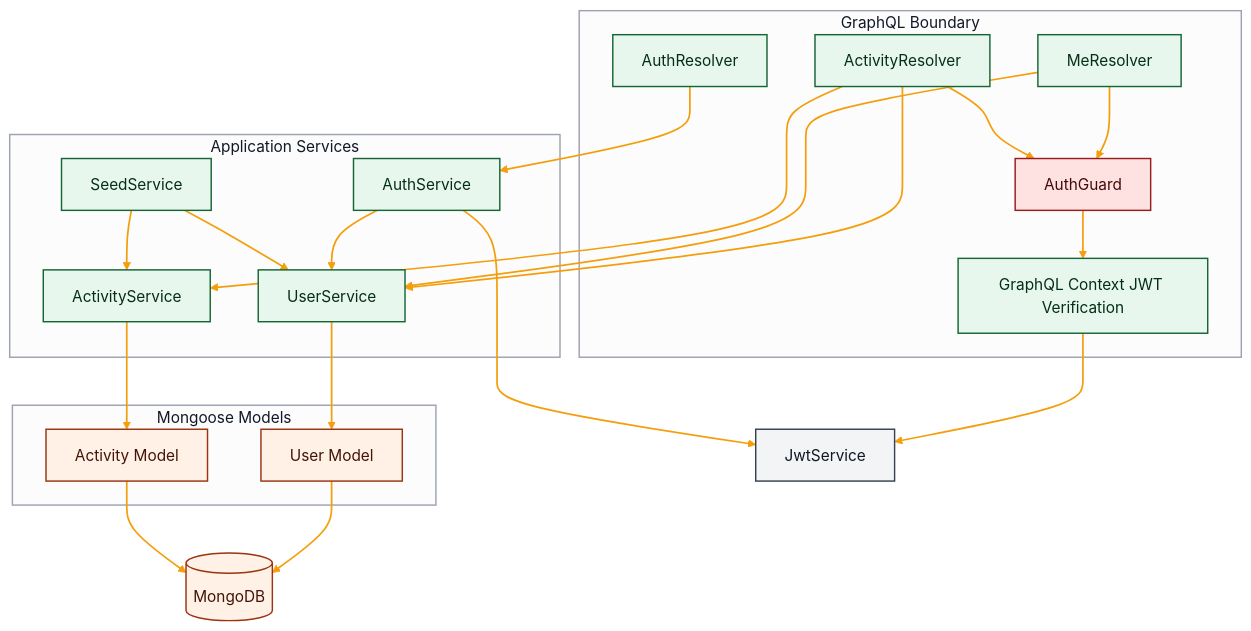
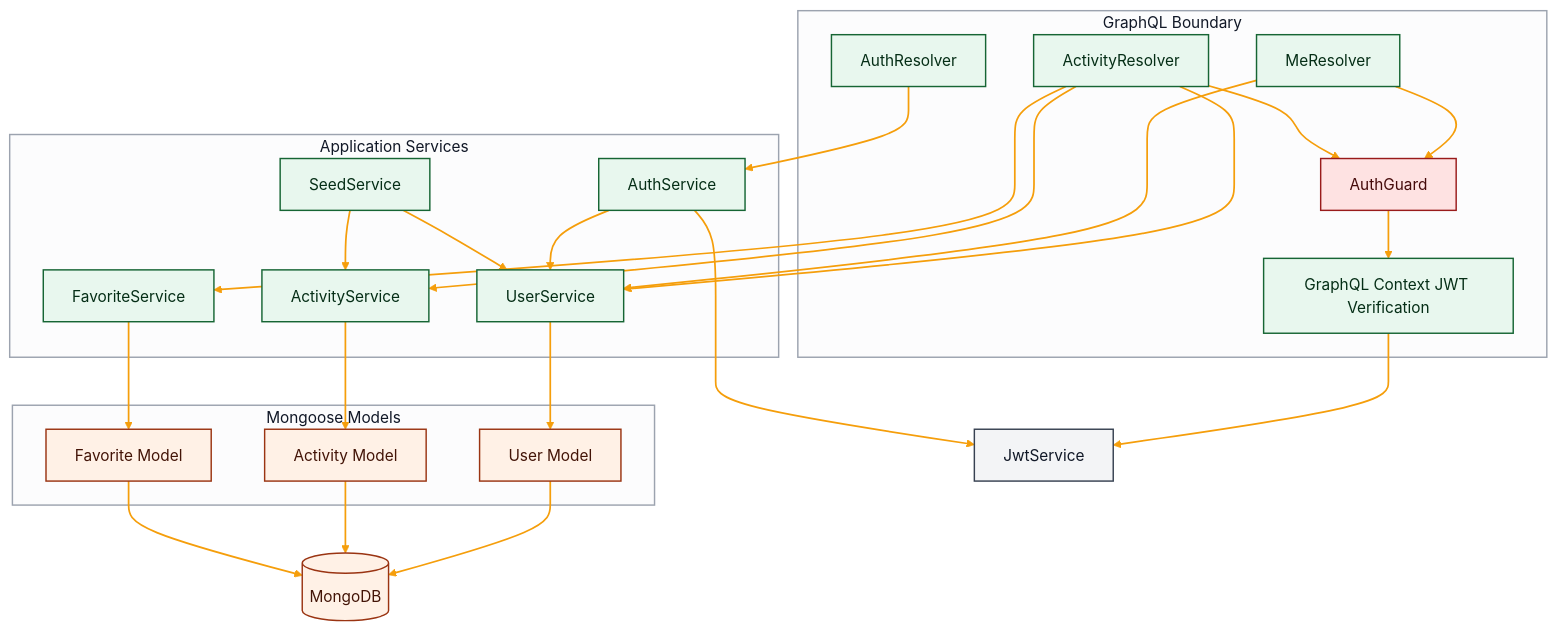
The third of 4 diagrams in docs/c4-architecture-view.md (ayhid/naboo-case-study), drawn with Mermaid before and after one commit. The commit also changed other lines of this file and 2 other files, not shown here.

Commit message:
docs: align architecture docs with implemented code paths

````diff
--- a/docs/c4-architecture-view.md
+++ b/docs/c4-architecture-view.md
@@ -109,61 +111,66 @@
 ```mermaid
 %%{init: {'themeVariables': {'lineColor': '#F59E0B', 'arrowheadColor': '#F59E0B'}}}%%
 flowchart TB
     subgraph GraphQL["GraphQL Boundary"]
       AR[AuthResolver]
       MR[MeResolver]
       ACR[ActivityResolver]
       AG[AuthGuard]
       CTX[GraphQL Context JWT Verification]
     end
 
     subgraph Services["Application Services"]
       AS[AuthService]
       US[UserService]
+      FS[FavoriteService]
       ACS[ActivityService]
       SS[SeedService]
     end
 
     subgraph Models["Mongoose Models"]
       UMOD[User Model]
       AMOD[Activity Model]
+      FMOD[Favorite Model]
     end
 
     JWT[JwtService]
     DB[(MongoDB)]
 
     AR --> AS
     MR --> AG
     ACR --> AG
     AG --> CTX
     CTX --> JWT
 
     AS --> US
     AS --> JWT
     ACR --> ACS
+    ACR --> FS
     ACR --> US
     MR --> US
     SS --> US
     SS --> ACS
 
     US --> UMOD
     ACS --> AMOD
+    FS --> FMOD
     UMOD --> DB
     AMOD --> DB
+    FMOD --> DB
 
     classDef actor fill:#FFF4CC,stroke:#8A6D1A,color:#1F2937,stroke-width:1.5px;
     classDef app fill:#E6F0FF,stroke:#1E3A8A,color:#0F172A,stroke-width:1.5px;
     classDef backend fill:#E8F7EE,stroke:#166534,color:#052E16,stroke-width:1.5px;
     classDef data fill:#FFF1E6,stroke:#9A3412,color:#431407,stroke-width:1.5px;
     classDef external fill:#F3F4F6,stroke:#374151,color:#111827,stroke-width:1.5px;
     classDef security fill:#FEE2E2,stroke:#991B1B,color:#450A0A,stroke-width:1.5px;
     class AR,MR,ACR,CTX backend;
-    class AS,US,ACS,SS backend;
-    class UMOD,AMOD,DB data;
+    class AS,US,FS,ACS,SS backend;
+    class UMOD,AMOD,FMOD,DB data;
     class AG security;
     class JWT external;
     style GraphQL fill:#FCFCFD,stroke:#9CA3AF,stroke-width:1.5px,color:#111827;
     style Services fill:#FCFCFD,stroke:#9CA3AF,stroke-width:1.5px,color:#111827;
     style Models fill:#FCFCFD,stroke:#9CA3AF,stroke-width:1.5px,color:#111827;
     linkStyle default stroke:#F59E0B,stroke-width:1.8px;
 ```
````
